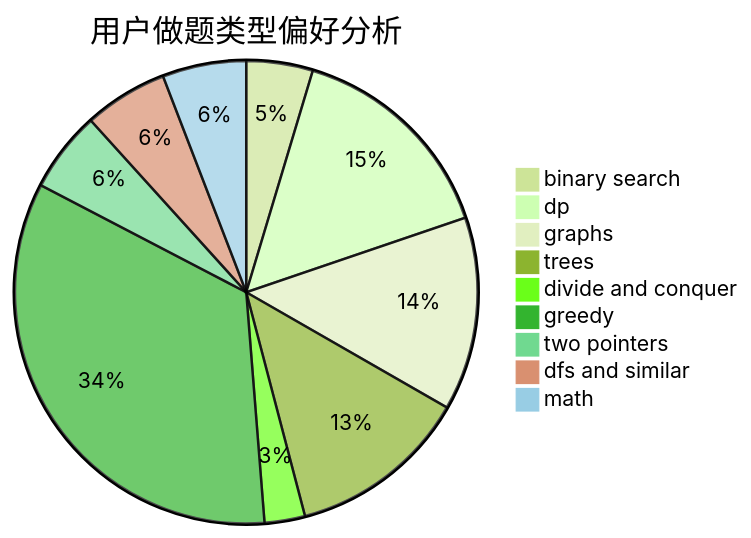
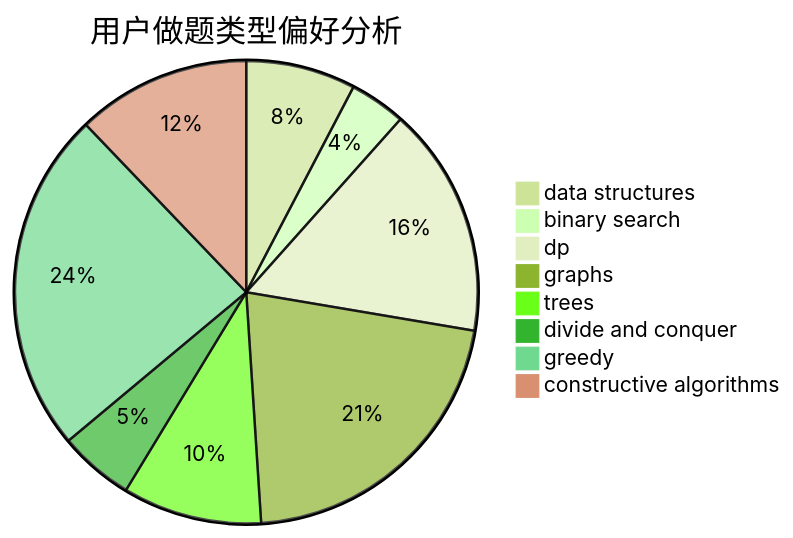
Before and after one commit to sherpahu/cfrs.github.io: the second of 3 diagrams in docs/user/u127.md, drawn with Mermaid (forest theme). The commit also changed other lines of this file and 2775 other files, not shown here.

````diff
--- a/docs/user/u127.md
+++ b/docs/user/u127.md
@@ -23,12 +23,11 @@
 ```mermaid
 pie title 用户做题类型偏好分析
-    "binary search" :  46
-    "dp" :  150
-    "graphs" :  134
-    "trees" :  125
+    "data structures" :  41
+    "binary search" :  21
+    "dp" :  86
+    "graphs" :  114
+    "trees" :  52
     "divide and conquer" :  28
-    "greedy" :  336
-    "two pointers" :  56
-    "dfs and similar" :  58
-    "math" :  58
+    "greedy" :  128
+    "constructive algorithms" :  65
 ```
````
